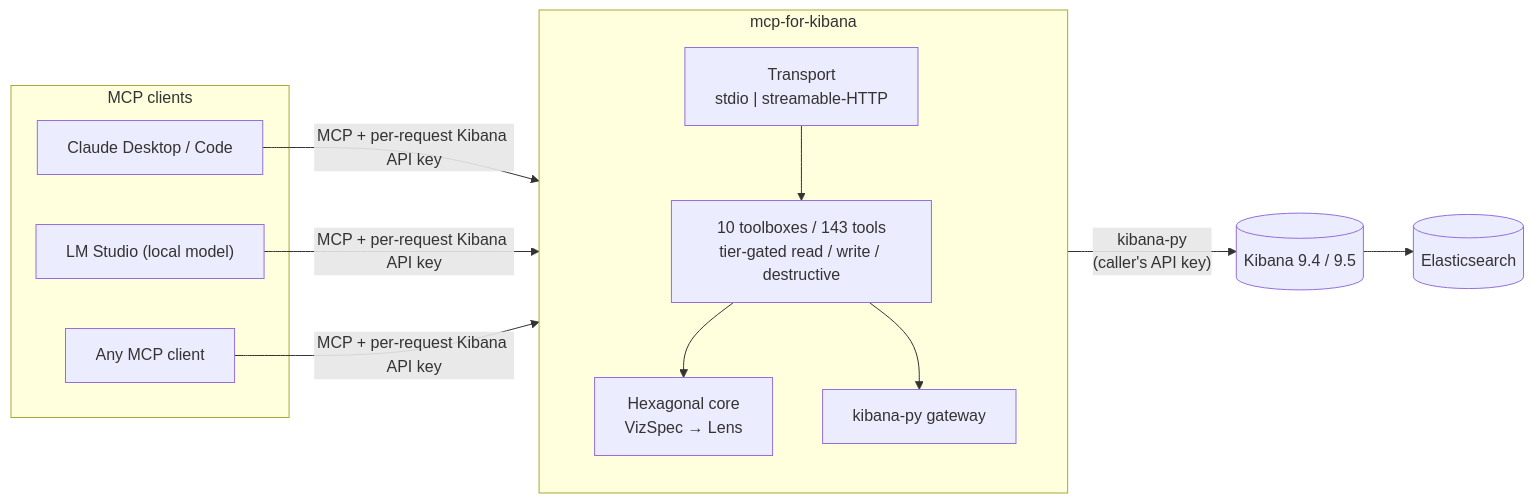
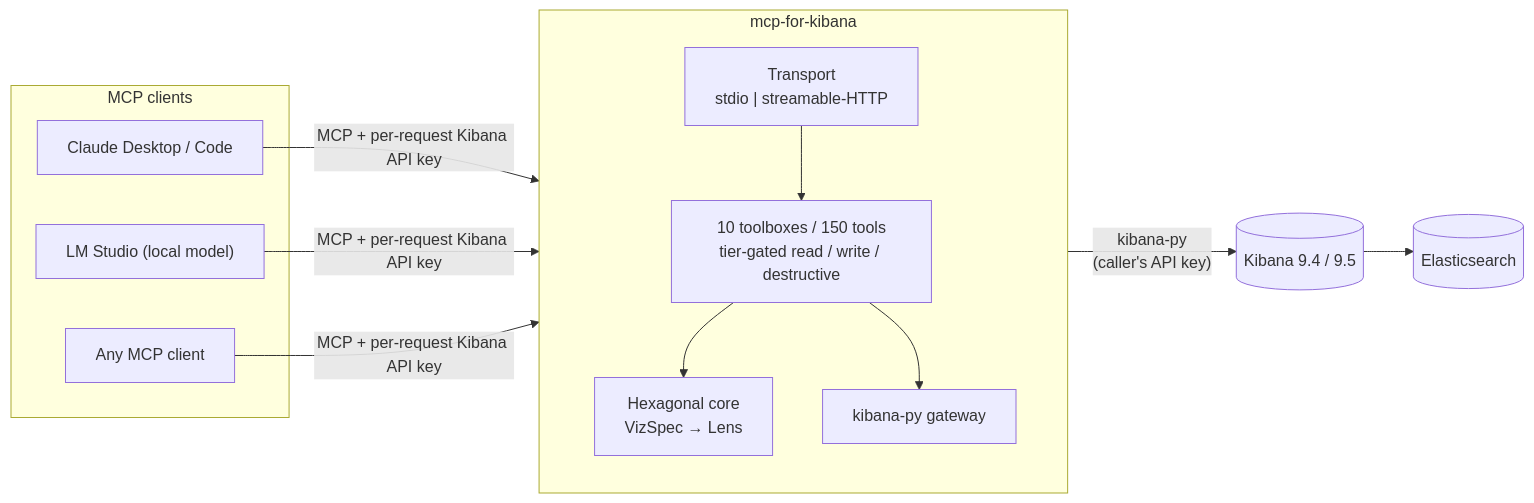
Before and after one commit to pedro-angel/mcp-for-kibana: the first of 4 diagrams in docs/architecture.md, drawn with Mermaid. The commit also changed other lines of this file and 32 other files, not shown here.

````diff
--- a/docs/architecture.md
+++ b/docs/architecture.md
@@ -14,23 +14,23 @@
 ```mermaid
 flowchart LR
     subgraph clients["MCP clients"]
         Claude["Claude Desktop / Code"]
         LMS["LM Studio (local model)"]
         Other["Any MCP client"]
     end
     subgraph server["mcp-for-kibana"]
         direction TB
         Transport["Transport<br/>stdio | streamable-HTTP"]
-        Toolboxes["10 toolboxes / 143 tools<br/>tier-gated read / write / destructive"]
+        Toolboxes["10 toolboxes / 150 tools<br/>tier-gated read / write / destructive"]
         Core["Hexagonal core<br/>VizSpec → Lens"]
         Gateway["kibana-py gateway"]
         Transport --> Toolboxes --> Core
         Toolboxes --> Gateway
     end
     ES[("Elasticsearch")]
     Kibana[("Kibana 9.4 / 9.5")]
 
     Claude & LMS & Other -->|"MCP + per-request Kibana API key"| Transport
     Gateway -->|"kibana-py<br/>(caller's API key)"| Kibana
     Kibana --> ES
 ```
````
